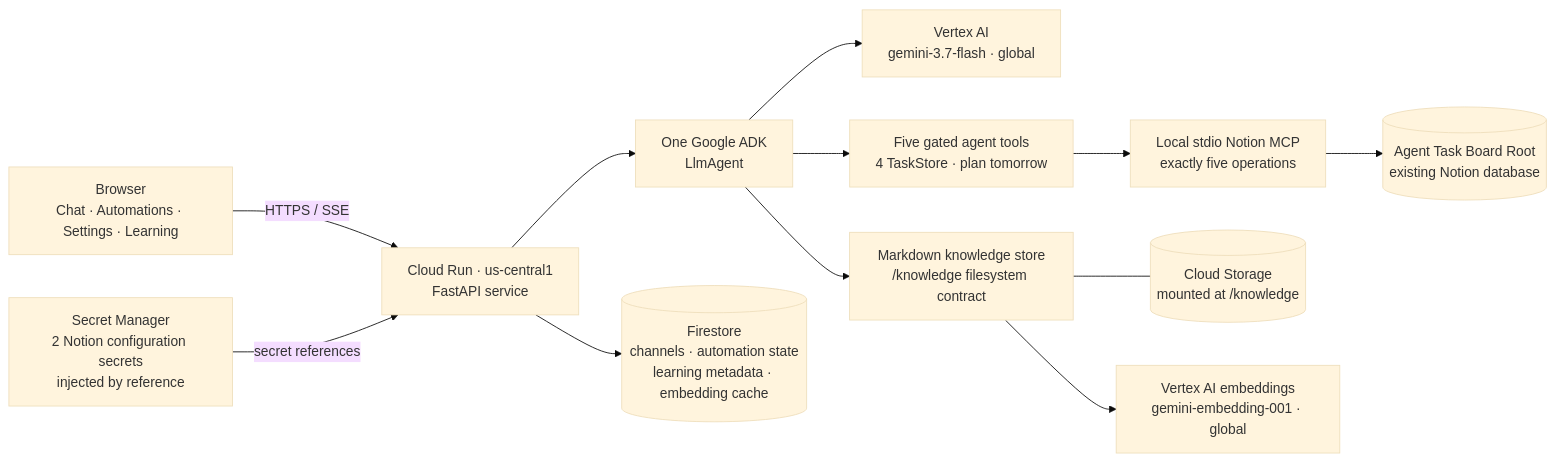
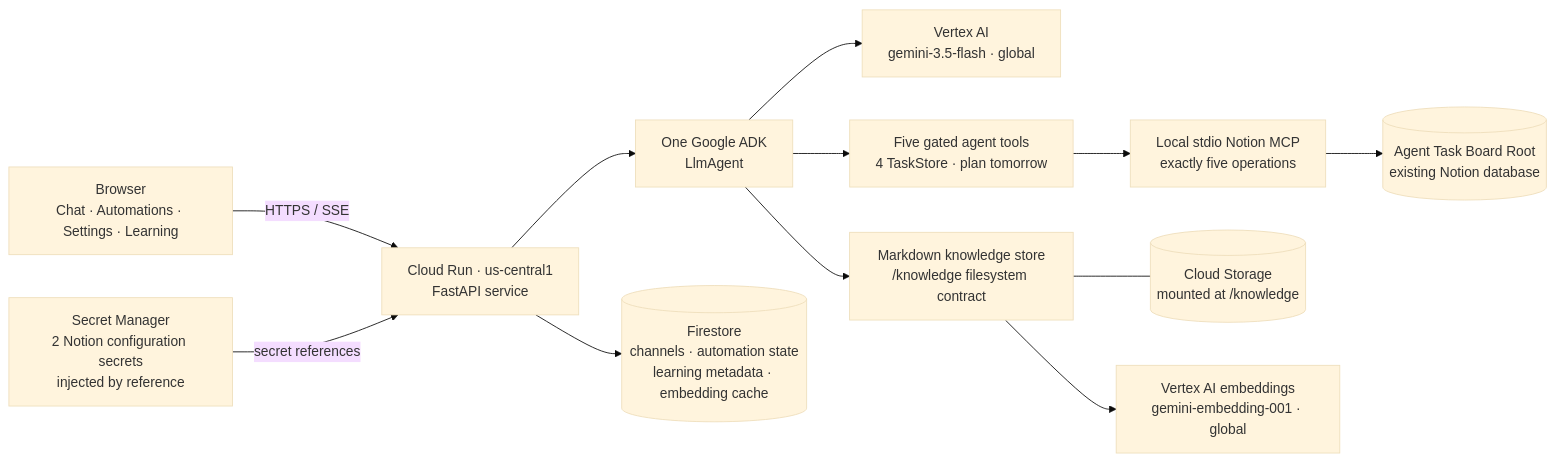
One commit to Avischai-G/avi-notes-assistant changed the diagram in docs/architecture.md. Above: the diagram before and after it, drawn with Mermaid (base theme). The commit also changed other lines of this file, not shown here.

Commit message:
docs: fix architecture diagram defects for Devpost submission
- Correct Vertex AI model version: gemini-3.7-flash → gemini-3.5-flash (matches live /api/health)
- Correct tool count in request path: twelve → five gated tools
- Update mermaid diagram to reflect actual model version

Three defects fixed before hackathon submission.

````diff
--- a/docs/architecture.md
+++ b/docs/architecture.md
@@ -9,27 +9,27 @@
 ```mermaid
 flowchart LR
     B[Browser\nChat · Automations · Settings · Learning]
     API[Cloud Run · us-central1\nFastAPI service]
     A[One Google ADK\nLlmAgent]
-    V[Vertex AI\ngemini-3.7-flash · global]
+    V[Vertex AI\ngemini-3.5-flash · global]
     T[Five gated agent tools\n4 TaskStore · plan tomorrow]
     M[Local stdio Notion MCP\nexactly five operations]
     N[(Agent Task Board Root\nexisting Notion database)]
     F[(Firestore\nchannels · automation state\nlearning metadata · embedding cache)]
     K[Markdown knowledge store\n/knowledge filesystem contract]
     G[(Cloud Storage\nmounted at /knowledge)]
     E[Vertex AI embeddings\ngemini-embedding-001 · global]
     S[Secret Manager\n2 Notion configuration secrets\ninjected by reference]
 
     B -->|HTTPS / SSE| API
     S -->|secret references| API
     API --> A
     A --> V
     A --> T
     T --> M
     M --> N
     API --> F
     A --> K
     K --- G
     K --> E
 ```
````
